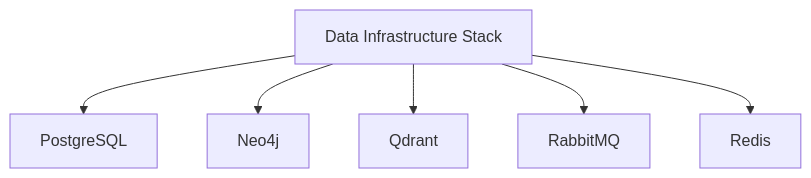
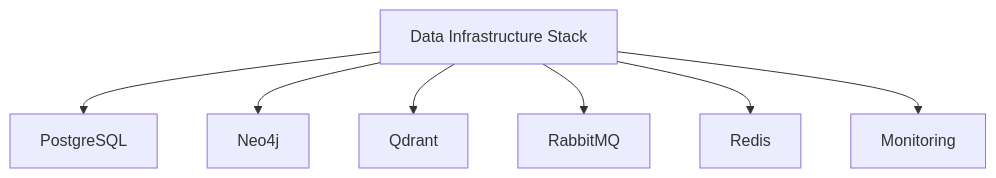
Before and after one commit to Rilan-Dev/Data-Infrastructure-Stack: the diagram in AGENTS.md, drawn with Mermaid. The commit also changed other lines of this file and 45 other files, not shown here.

````diff
--- a/AGENTS.md
+++ b/AGENTS.md
@@ -11,8 +11,9 @@
 ```mermaid
 flowchart TD
     A[Data Infrastructure Stack] --> B[PostgreSQL]
     A --> C[Neo4j]
     A --> D[Qdrant]
     A --> E[RabbitMQ]
     A --> F[Redis]
+    A --> G[Monitoring]
 ```
````
